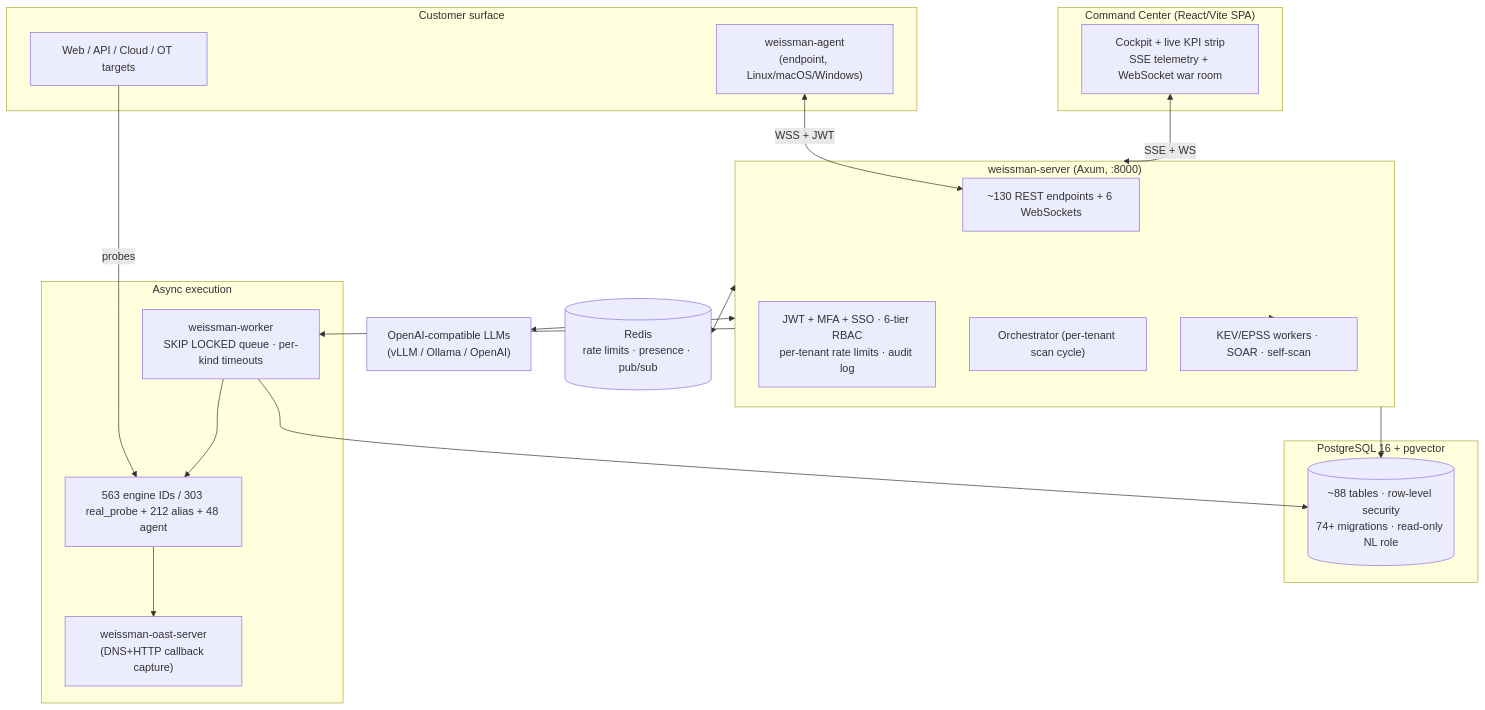
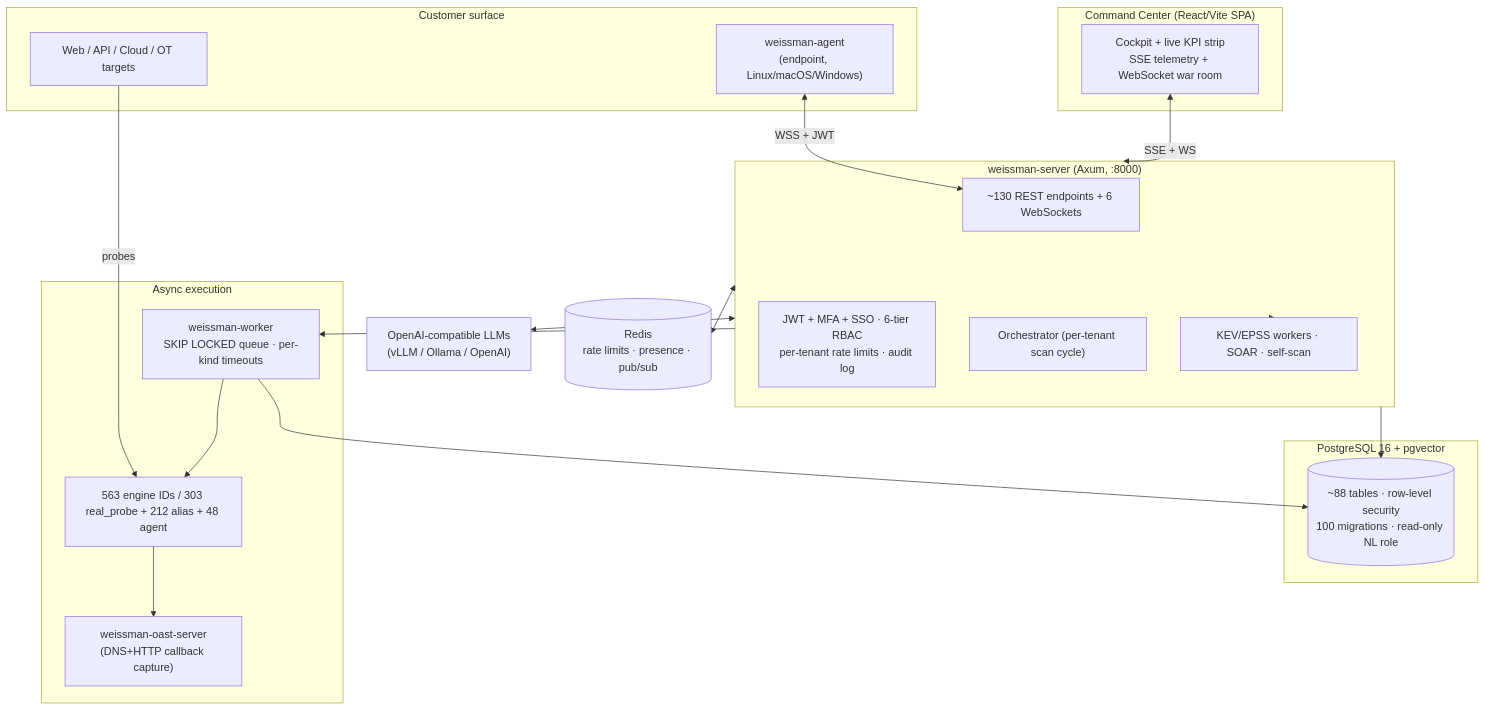
One commit to israel12132/weissman-cybersecurity changed the diagram in Weissman_Cybersecurity_Executive_Technical_Briefing.md. Above: the diagram before and after it, drawn with Mermaid. The commit also changed other lines of this file and 295 other files, not shown here.

````diff
--- a/Weissman_Cybersecurity_Executive_Technical_Briefing.md
+++ b/Weissman_Cybersecurity_Executive_Technical_Briefing.md
@@ -98,43 +98,43 @@
 ```mermaid
 flowchart TB
     subgraph client["Customer surface"]
       WEB["Web / API / Cloud / OT targets"]
       AGENT["weissman-agent\n(endpoint, Linux/macOS/Windows)"]
     end
 
     subgraph ui["Command Center (React/Vite SPA)"]
       COCKPIT["Cockpit + live KPI strip\nSSE telemetry + WebSocket war room"]
     end
 
     subgraph api["weissman-server (Axum, :8000)"]
       ROUTES["~130 REST endpoints + 6 WebSockets"]
       AUTHZ["JWT + MFA + SSO · 6-tier RBAC\nper-tenant rate limits · audit log"]
       ORCH["Orchestrator (per-tenant scan cycle)"]
       INTEL["KEV/EPSS workers · SOAR · self-scan"]
     end
 
     subgraph data["PostgreSQL 16 + pgvector"]
-      DB[("~88 tables · row-level security\n74+ migrations · read-only NL role")]
+      DB[("~88 tables · row-level security\n100 migrations · read-only NL role")]
     end
 
     subgraph workers["Async execution"]
       WORKER["weissman-worker\nSKIP LOCKED queue · per-kind timeouts"]
       ENGINES["563 engine IDs / 303 real_probe + 212 alias + 48 agent"]
       OAST["weissman-oast-server\n(DNS+HTTP callback capture)"]
     end
 
     LLM["OpenAI-compatible LLMs\n(vLLM / Ollama / OpenAI)"]
     REDIS[("Redis\nrate limits · presence · pub/sub")]
 
     COCKPIT <-->|SSE + WS| api
     WEB <-- probes --- ENGINES
     AGENT <-->|WSS + JWT| ROUTES
     api --> DB
     WORKER --> DB
     api --> WORKER
     WORKER --> ENGINES
     ENGINES --> OAST
     api <--> LLM
     api <--> REDIS
     api --> INTEL
 ```
````
